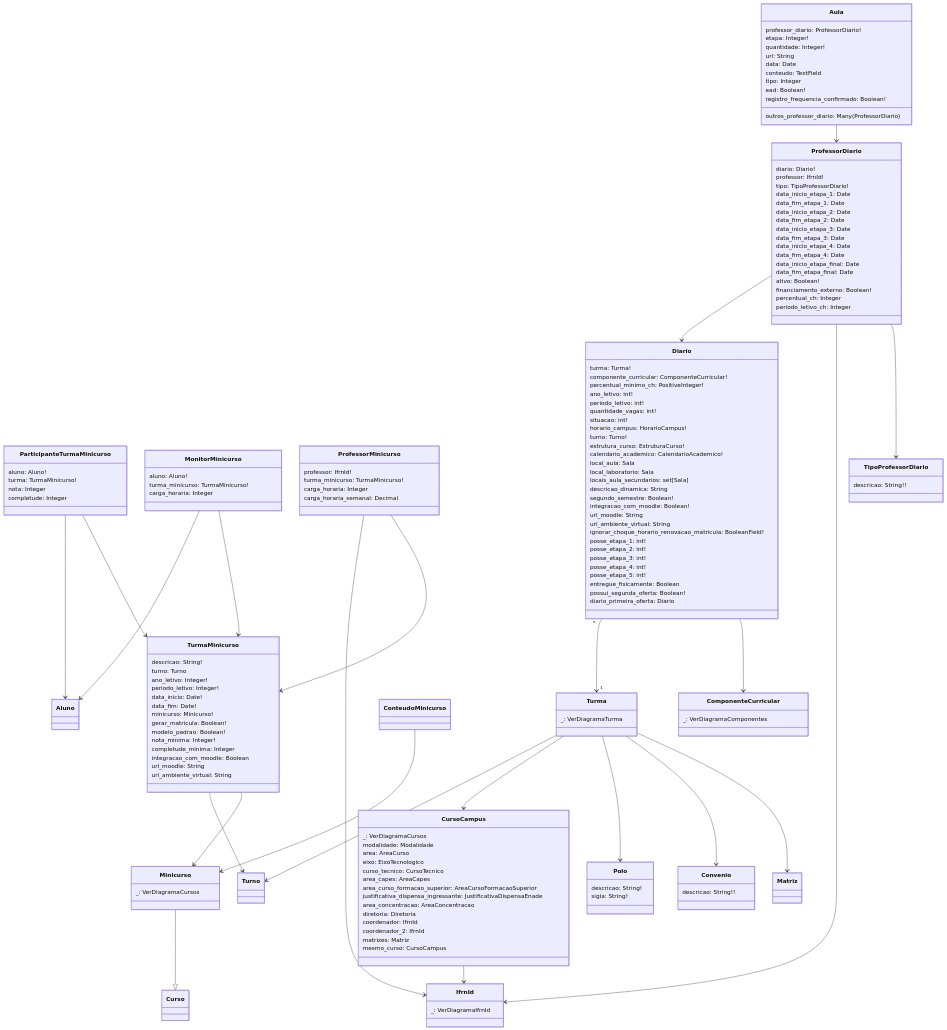
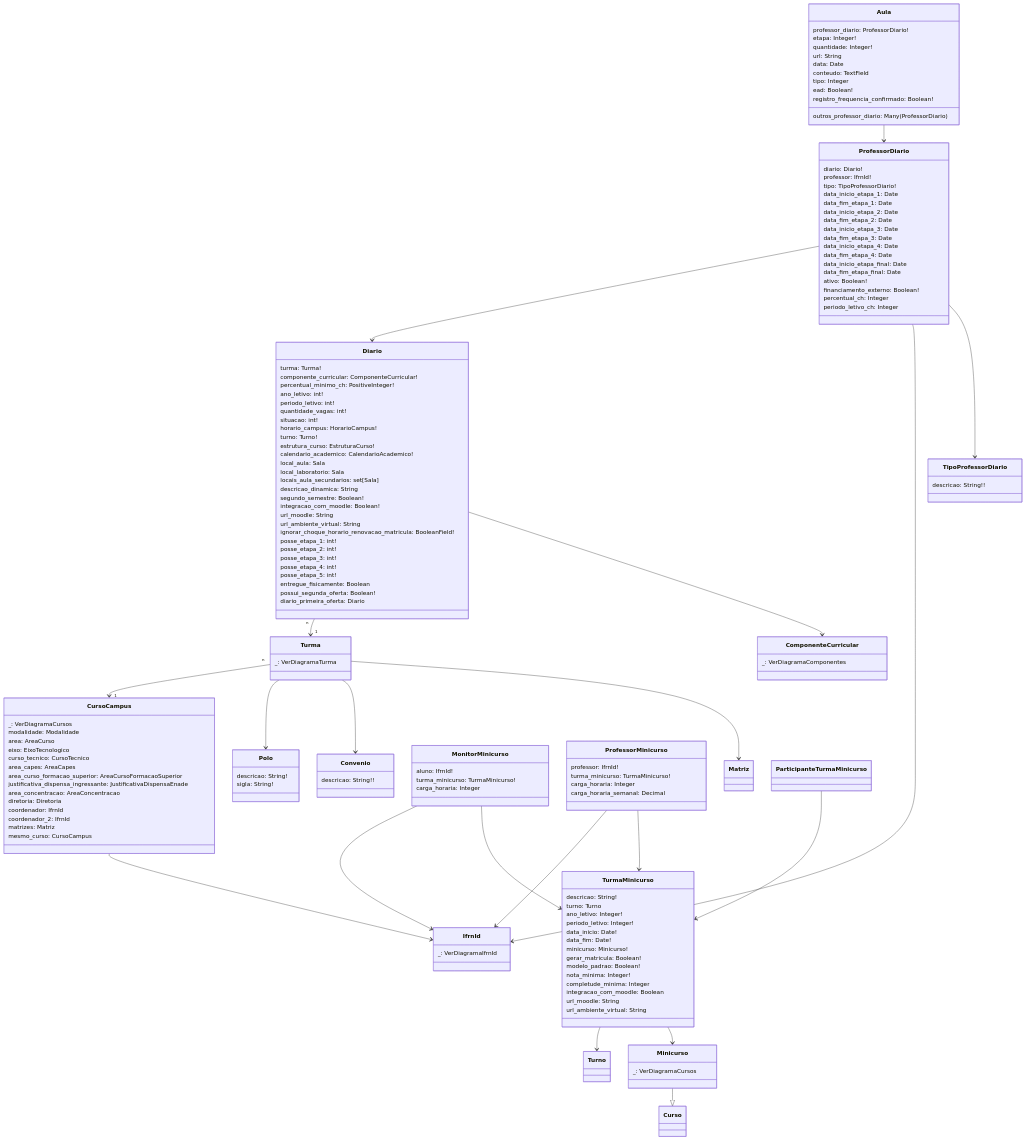
The diagram in suap/edu/diarios.md (cte-zl-ifrn/cte-zl-ifrn.github.io), drawn with Mermaid before and after one commit.

Commit message:
ajustes no diagrama de diários

```diff
--- a/suap/edu/diarios.md
+++ b/suap/edu/diarios.md
@@ -55,14 +55,8 @@
         descricao: String!
         sigla: String!
     }
-    class ParticipanteTurmaMinicurso{
-        aluno: Aluno!
-        turma: TurmaMinicurso!
-        nota: Integer
-        completude: Integer
-    }
     class MonitorMinicurso{
-        aluno: Aluno!
+        aluno: IfrnId!
         turma_minicurso: TurmaMinicurso!
         carga_horaria: Integer
     }
@@ -138,15 +132,12 @@
     }
 
     Diario "n" --> "1" Turma
+    Turma "n" --> "1" CursoCampus
 
     CursoCampus --> IfrnId
 
     Minicurso --|> Curso
 
-    ConteudoMinicurso --> Minicurso
-
-    Turma --> Turno
-    Turma --> CursoCampus
     Turma --> Polo
     Turma --> Convenio
     Turma --> Matriz
@@ -154,10 +145,9 @@
     TurmaMinicurso --> Turno
     TurmaMinicurso --> Minicurso
 
-    ParticipanteTurmaMinicurso --> Aluno
     ParticipanteTurmaMinicurso --> TurmaMinicurso
 
-    MonitorMinicurso --> Aluno
+    MonitorMinicurso --> IfrnId
     MonitorMinicurso --> TurmaMinicurso
 
     ProfessorMinicurso --> IfrnId
```
